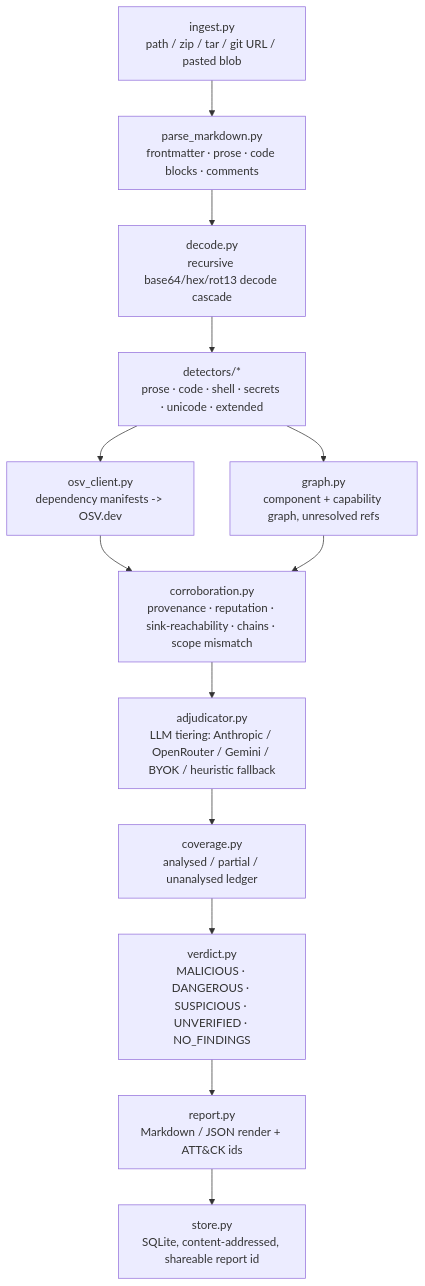
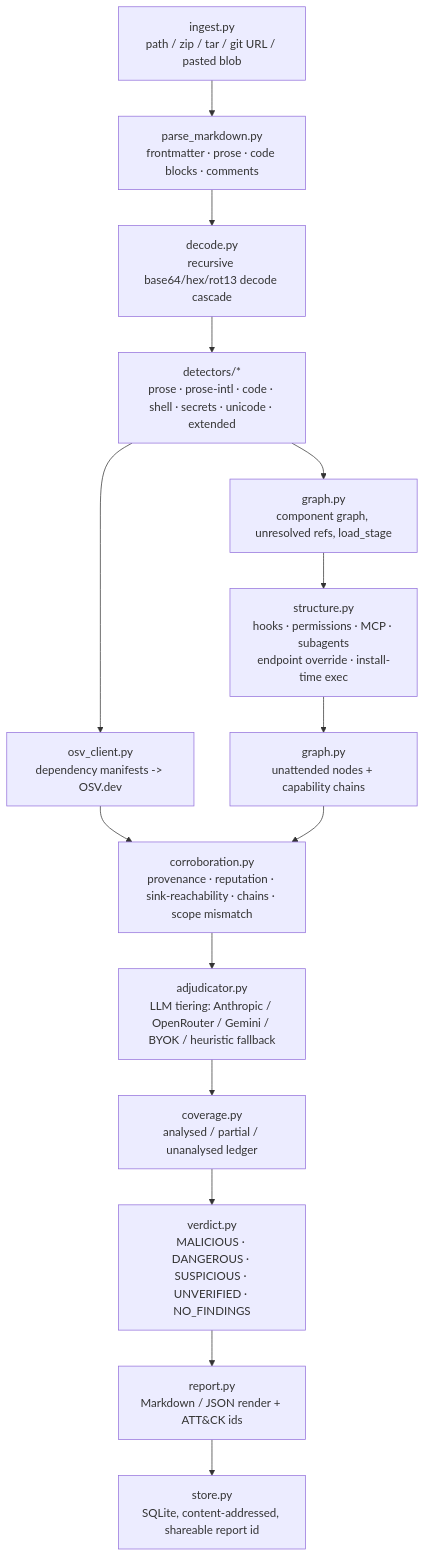
The diagram in README.md (SIDDHANTCOOKIE/SkillCheck), drawn with Mermaid before and after one commit. The commit also changed other lines of this file and 51 other files, not shown here.

````diff
--- a/README.md
+++ b/README.md
@@ -37,15 +47,17 @@
 ```mermaid
 flowchart TD
     A[ingest.py<br/>path / zip / tar / git URL / pasted blob] --> B[parse_markdown.py<br/>frontmatter · prose · code blocks · comments]
     B --> C[decode.py<br/>recursive base64/hex/rot13 decode cascade]
-    C --> D["detectors/*<br/>prose · code · shell · secrets · unicode · extended"]
+    C --> D["detectors/*<br/>prose · prose-intl · code · shell · secrets · unicode · extended"]
     D --> E[osv_client.py<br/>dependency manifests -> OSV.dev]
-    D --> F[graph.py<br/>component + capability graph, unresolved refs]
+    D --> F[graph.py<br/>component graph, unresolved refs, load_stage]
+    F --> S[structure.py<br/>hooks · permissions · MCP · subagents<br/>endpoint override · install-time exec]
+    S --> CH[graph.py<br/>unattended nodes + capability chains]
     E --> G[corroboration.py<br/>provenance · reputation · sink-reachability · chains · scope mismatch]
-    F --> G
+    CH --> G
     G --> H[adjudicator.py<br/>LLM tiering: Anthropic / OpenRouter / Gemini / BYOK / heuristic fallback]
     H --> I[coverage.py<br/>analysed / partial / unanalysed ledger]
     I --> J[verdict.py<br/>MALICIOUS · DANGEROUS · SUSPICIOUS · UNVERIFIED · NO_FINDINGS]
     J --> K[report.py<br/>Markdown / JSON render + ATT&CK ids]
     K --> L[store.py<br/>SQLite, content-addressed, shareable report id]
 ```
````
